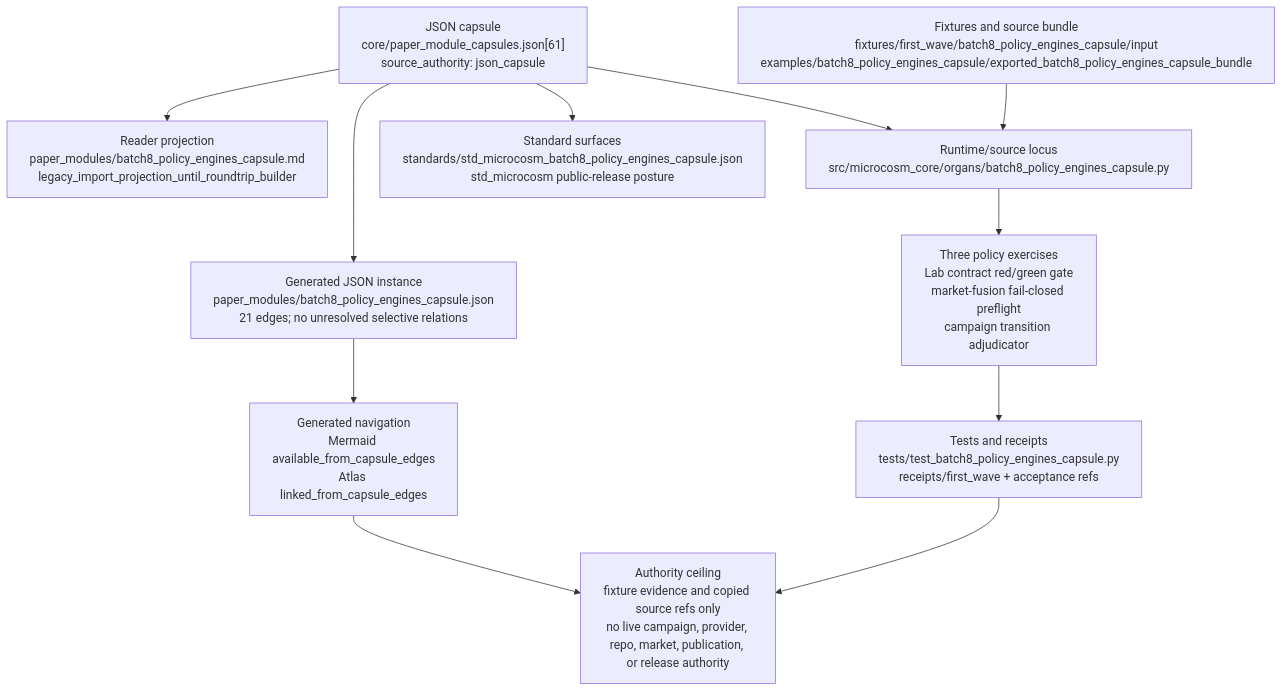
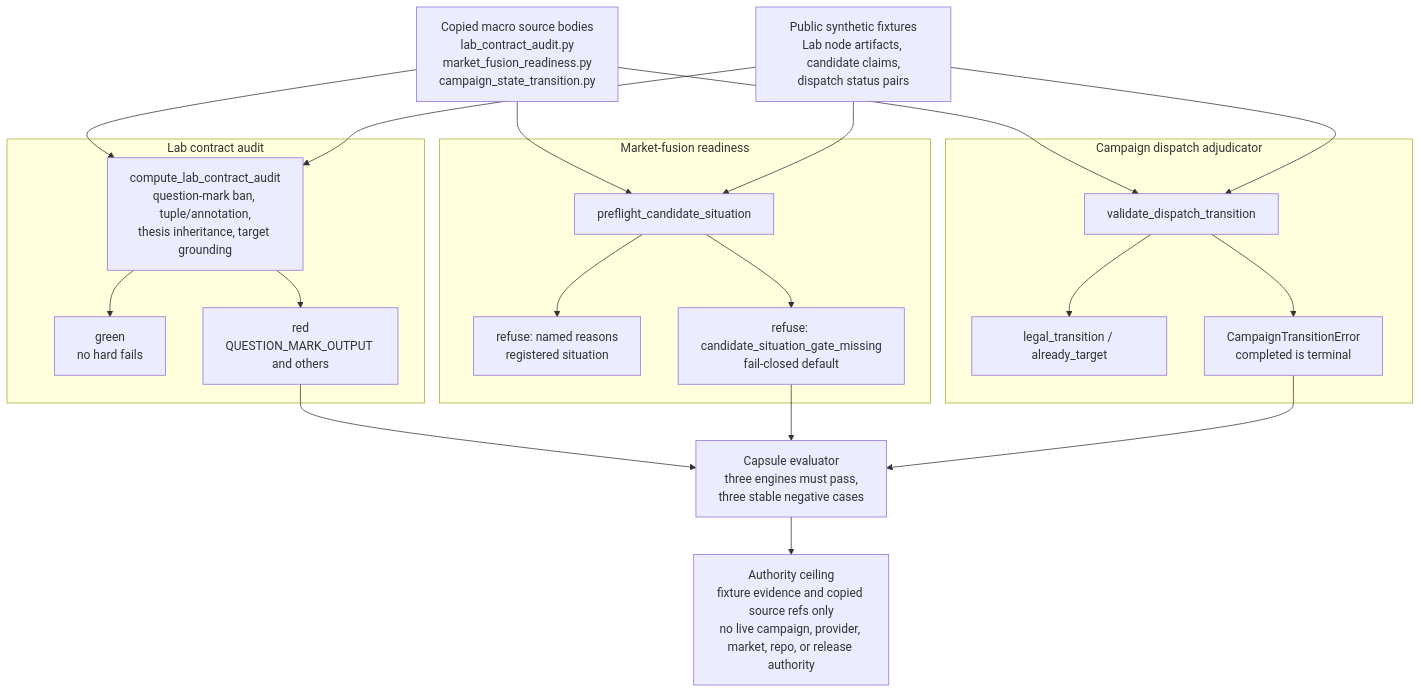
Before and after one commit to wcook04/plectis: the diagram in paper_modules/batch8_policy_engines_capsule.md, drawn with Mermaid. The commit also changed other lines of this file and 90 other files, not shown here.

First line of the commit message:
microcosm: enrich public paper-module prose and Shape diagrams (91 modules)

````diff
--- a/paper_modules/batch8_policy_engines_capsule.md
+++ b/paper_modules/batch8_policy_engines_capsule.md
@@ -55,24 +89,43 @@
 ```mermaid
 flowchart TD
-  capsule["JSON capsule<br/>core/paper_module_capsules.json[61]<br/>source_authority: json_capsule"]
-  reader["Reader projection<br/>paper_modules/batch8_policy_engines_capsule.md<br/>legacy_import_projection_until_roundtrip_builder"]
-  instance["Generated JSON instance<br/>paper_modules/batch8_policy_engines_capsule.json<br/>21 edges; no unresolved selective relations"]
-  standard["Standard surfaces<br/>standards/std_microcosm_batch8_policy_engines_capsule.json<br/>std_microcosm public-release posture"]
-  runtime["Runtime/source locus<br/>src/microcosm_core/organs/batch8_policy_engines_capsule.py"]
-  bundle["Fixtures and source bundle<br/>fixtures/first_wave/batch8_policy_engines_capsule/input<br/>examples/batch8_policy_engines_capsule/exported_batch8_policy_engines_capsule_bundle"]
-  engines["Three policy exercises<br/>Lab contract red/green gate<br/>market-fusion fail-closed preflight<br/>campaign transition adjudicator"]
-  receipts["Tests and receipts<br/>tests/test_batch8_policy_engines_capsule.py<br/>receipts/first_wave + acceptance refs"]
-  projections["Generated navigation<br/>Mermaid available_from_capsule_edges<br/>Atlas linked_from_capsule_edges"]
-  ceiling["Authority ceiling<br/>fixture evidence and copied source refs only<br/>no live campaign, provider, repo, market, publication, or release authority"]
+  bundle["Copied macro source bodies<br/>lab_contract_audit.py<br/>market_fusion_readiness.py<br/>campaign_state_transition.py"]
+  fixtures["Public synthetic fixtures<br/>Lab node artifacts, candidate claims,<br/>dispatch status pairs"]
 
-  capsule --> reader
-  capsule --> instance
-  capsule --> standard
-  capsule --> runtime
-  bundle --> runtime
-  runtime --> engines
-  engines --> receipts
-  instance --> projections
-  receipts --> ceiling
-  projections --> ceiling
+  subgraph Lab["Lab contract audit"]
+    labrun["compute_lab_contract_audit<br/>question-mark ban, tuple/annotation,<br/>thesis inheritance, target grounding"]
+    labgreen["green<br/>no hard fails"]
+    labred["red<br/>QUESTION_MARK_OUTPUT and others"]
+  end
+
+  subgraph Market["Market-fusion readiness"]
+    mkrun["preflight_candidate_situation"]
+    mknamed["refuse: named reasons<br/>registered situation"]
+    mkmissing["refuse: candidate_situation_gate_missing<br/>fail-closed default"]
+  end
+
+  subgraph Campaign["Campaign dispatch adjudicator"]
+    cprun["validate_dispatch_transition"]
+    cplegal["legal_transition / already_target"]
+    cpillegal["CampaignTransitionError<br/>completed is terminal"]
+  end
+
+  exercises["Capsule evaluator<br/>three engines must pass,<br/>three stable negative cases"]
+  ceiling["Authority ceiling<br/>fixture evidence and copied source refs only<br/>no live campaign, provider, market, repo, or release authority"]
+
+  bundle --> labrun
+  bundle --> mkrun
+  bundle --> cprun
+  fixtures --> labrun
+  fixtures --> mkrun
+  fixtures --> cprun
+  labrun --> labgreen
+  labrun --> labred
+  mkrun --> mknamed
+  mkrun --> mkmissing
+  cprun --> cplegal
+  cprun --> cpillegal
+  labred --> exercises
+  mkmissing --> exercises
+  cpillegal --> exercises
+  exercises --> ceiling
 ```
````
